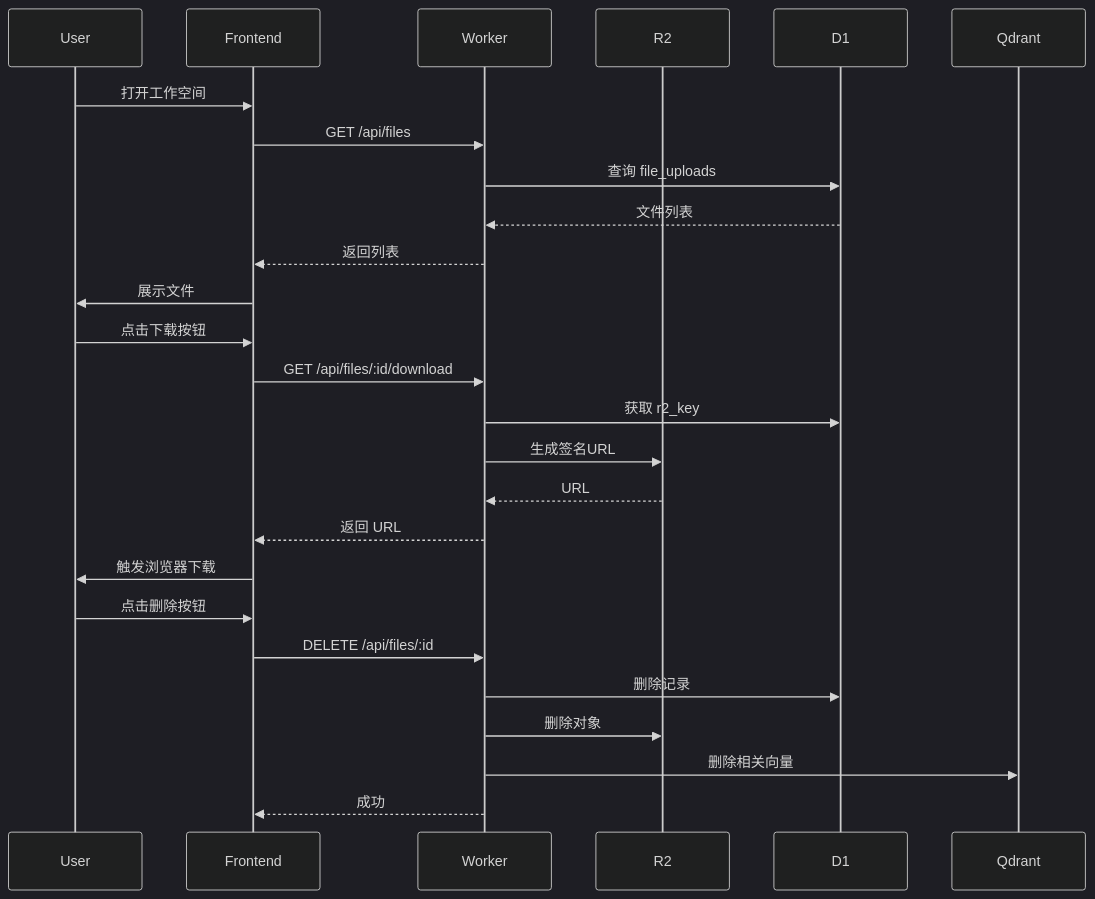
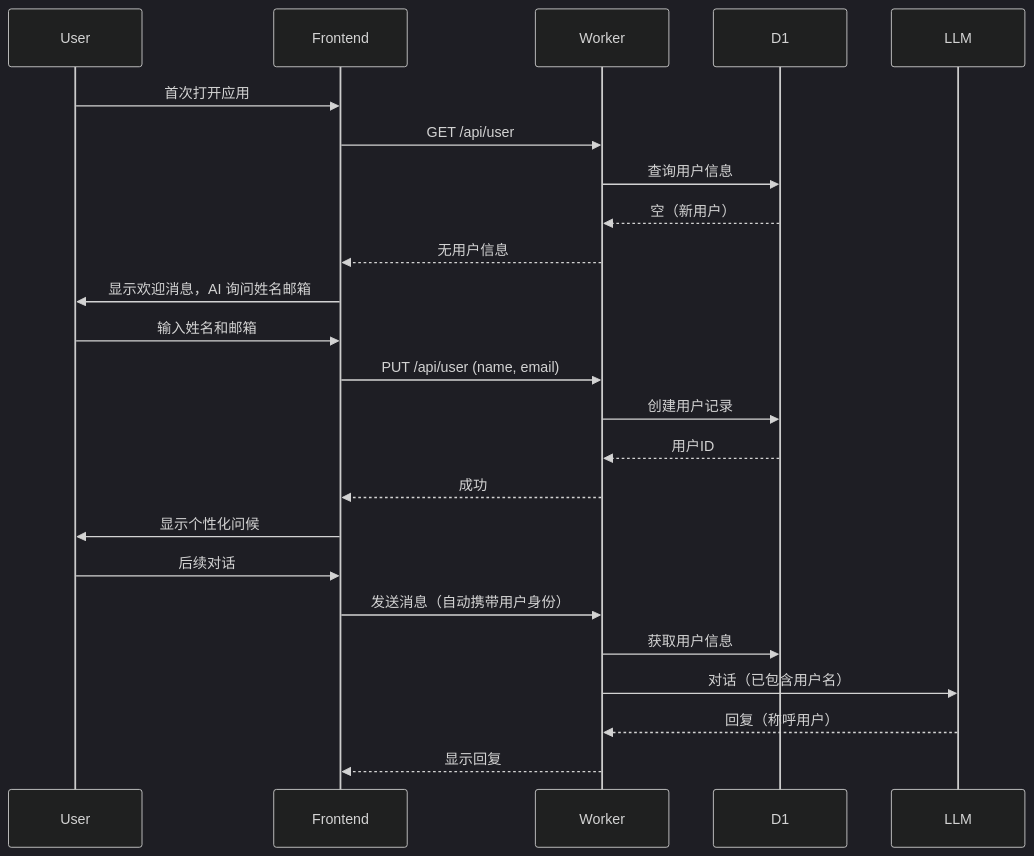
One commit to jackforest2014/ai_bot_jsa changed the sixth of 6 diagrams in docs/technical/tech_design_ai_bot_v1_2.md. Above: the diagram before and after it, drawn with Mermaid (dark theme). The commit also changed other lines of this file and 2 other files, not shown here.

````diff
--- a/docs/technical/tech_design_ai_bot_v1_2.md
+++ b/docs/technical/tech_design_ai_bot_v1_2.md
@@ -1307,30 +1794,27 @@
 ```mermaid
 sequenceDiagram
     participant User
     participant Frontend
     participant Worker
-    participant R2
     participant D1
+    participant LLM
 
-    User->>Frontend: 打开工作空间
-    Frontend->>Worker: GET /api/files
-    Worker->>D1: 查询 file_uploads
-    D1-->>Worker: 文件列表
-    Worker-->>Frontend: 返回列表
-    Frontend->>User: 展示文件
-
-    User->>Frontend: 点击下载按钮
-    Frontend->>Worker: GET /api/files/:id/download
-    Worker->>D1: 获取 r2_key
-    Worker->>R2: 生成签名URL
-    R2-->>Worker: URL
-    Worker-->>Frontend: 返回 URL
-    Frontend->>User: 触发浏览器下载
-
-    User->>Frontend: 点击删除按钮
-    Frontend->>Worker: DELETE /api/files/:id
-    Worker->>D1: 删除记录
-    Worker->>R2: 删除对象
-    Worker->>Qdrant: 删除相关向量
+    User->>Frontend: 首次打开应用
+    Frontend->>Worker: GET /api/user
+    Worker->>D1: 查询用户信息
+    D1-->>Worker: 空（新用户）
+    Worker-->>Frontend: 无用户信息
+    Frontend->>User: 显示欢迎消息，AI 询问姓名邮箱
+    User->>Frontend: 输入姓名和邮箱
+    Frontend->>Worker: PUT /api/user (name, email)
+    Worker->>D1: 创建用户记录
+    D1-->>Worker: 用户ID
     Worker-->>Frontend: 成功
+    Frontend->>User: 显示个性化问候
+    User->>Frontend: 后续对话
+    Frontend->>Worker: 发送消息（自动携带用户身份）
+    Worker->>D1: 获取用户信息
+    Worker->>LLM: 对话（已包含用户名）
+    LLM-->>Worker: 回复（称呼用户）
+    Worker-->>Frontend: 显示回复
 ```
````
